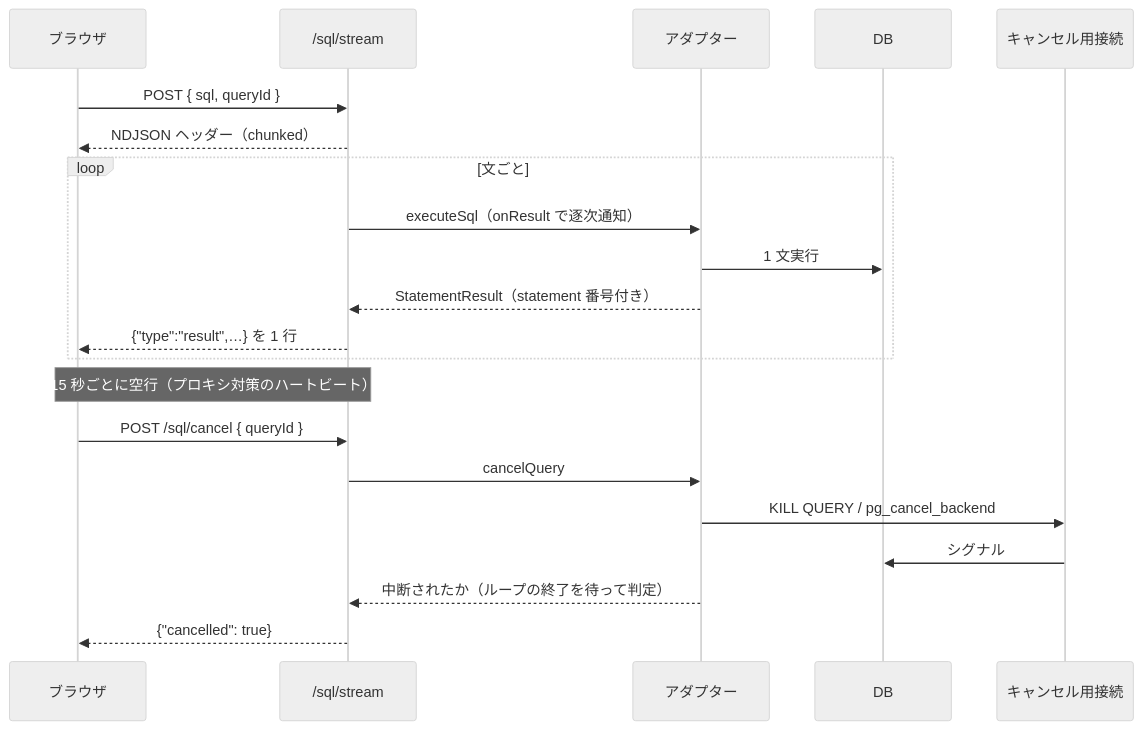
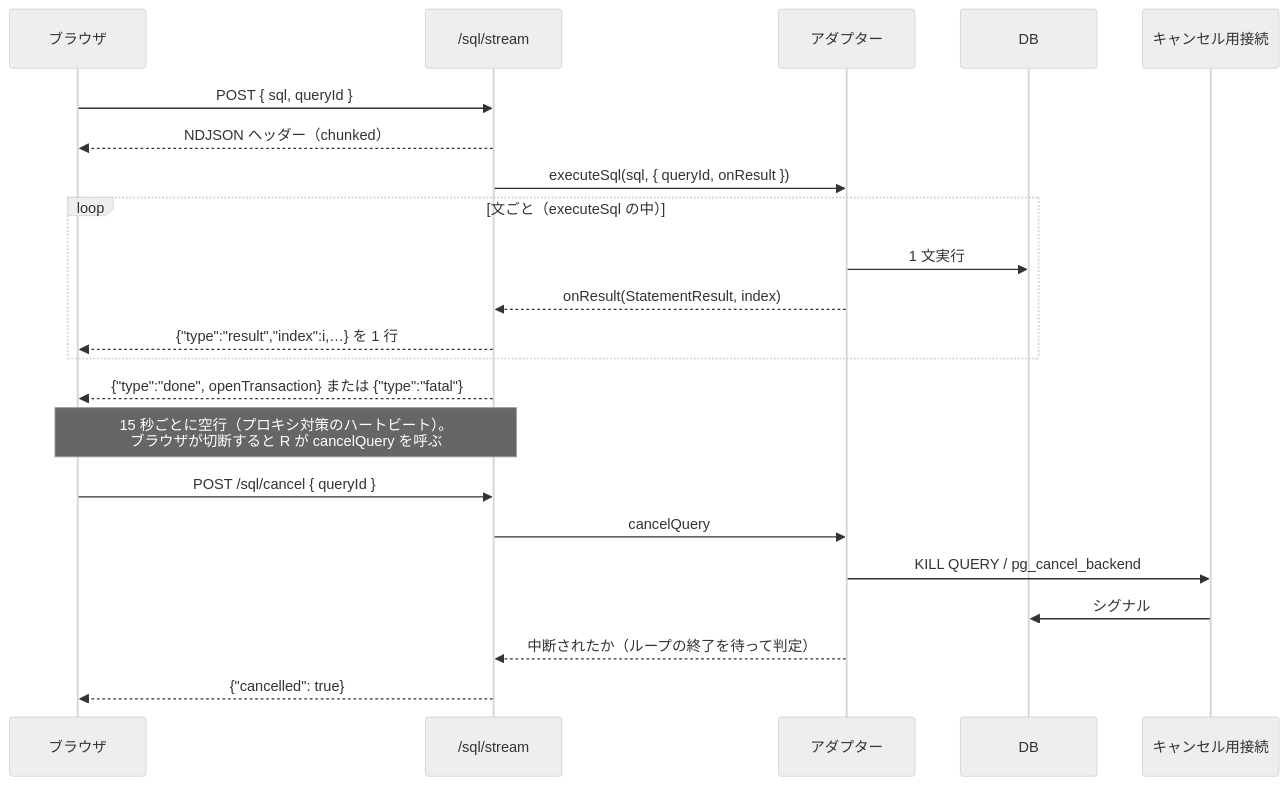
Before and after one commit to ip-san/tsmyadmin: the seventh of 11 diagrams in docs/architecture.md, drawn with Mermaid (neutral theme). The commit also changed other lines of this file and 9 other files, not shown here.

````diff
--- a/docs/architecture.md
+++ b/docs/architecture.md
@@ -161,24 +194,25 @@
 ```mermaid
 sequenceDiagram
   participant B as ブラウザ
   participant R as /sql/stream
   participant A as アダプター
   participant D as DB
   participant C as キャンセル用接続
 
   B->>R: POST { sql, queryId }
   R-->>B: NDJSON ヘッダー（chunked）
-  loop 文ごと
-    R->>A: executeSql（onResult で逐次通知）
+  R->>A: executeSql(sql, { queryId, onResult })
+  loop 文ごと（executeSql の中）
     A->>D: 1 文実行
-    A-->>R: StatementResult（statement 番号付き）
-    R-->>B: {"type":"result",…} を 1 行
+    A-->>R: onResult(StatementResult, index)
+    R-->>B: {"type":"result","index":i,…} を 1 行
   end
-  Note over R,B: 15 秒ごとに空行（プロキシ対策のハートビート）
+  R-->>B: {"type":"done", openTransaction} または {"type":"fatal"}
+  Note over R,B: 15 秒ごとに空行（プロキシ対策のハートビート）。<br/>ブラウザが切断すると R が cancelQuery を呼ぶ
   B->>R: POST /sql/cancel { queryId }
   R->>A: cancelQuery
   A->>C: KILL QUERY / pg_cancel_backend
   C->>D: シグナル
   A-->>R: 中断されたか（ループの終了を待って判定）
   R-->>B: {"cancelled": true}
 ```
````
